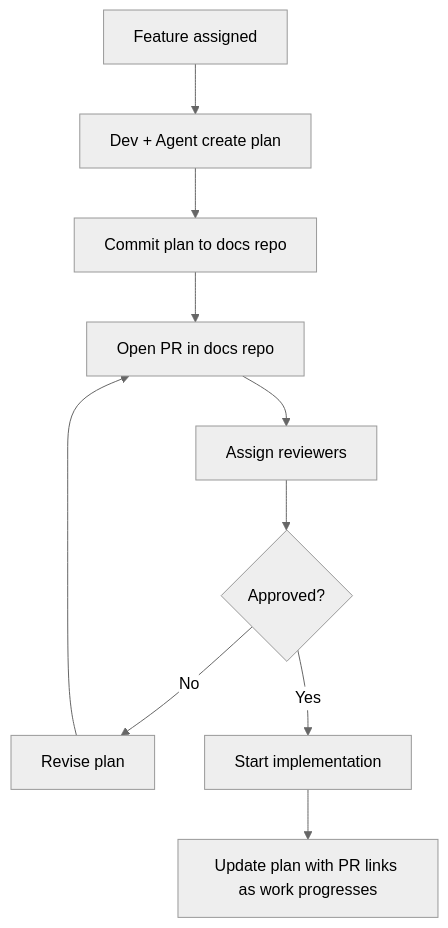
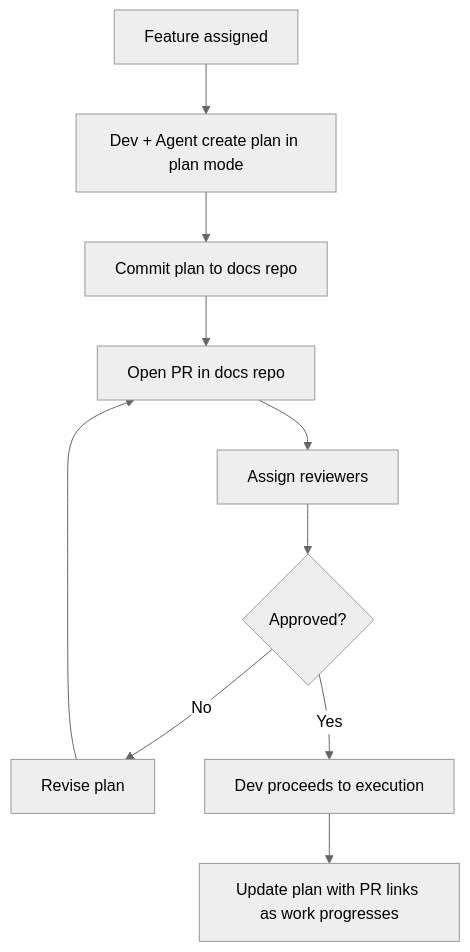
The second of 4 diagrams in docs/process/architecture-review-process.md (MinuteMenu/docs), drawn with Mermaid (neutral theme) before and after one commit. The commit also changed other lines of this file, not shown here.

````diff
--- a/docs/process/architecture-review-process.md
+++ b/docs/process/architecture-review-process.md
@@ -128,12 +106,12 @@
 ```mermaid
 flowchart TD
-    A[Feature assigned] --> B[Dev + Agent create plan]
+    A[Feature assigned] --> B[Dev + Agent create plan in plan mode]
     B --> C[Commit plan to docs repo]
     C --> D[Open PR in docs repo]
     D --> E[Assign reviewers]
     E --> F{Approved?}
     F -->|No| G[Revise plan]
     G --> D
-    F -->|Yes| H[Start implementation]
+    F -->|Yes| H[Dev proceeds to execution]
     H --> I[Update plan with PR links as work progresses]
 ```
````
